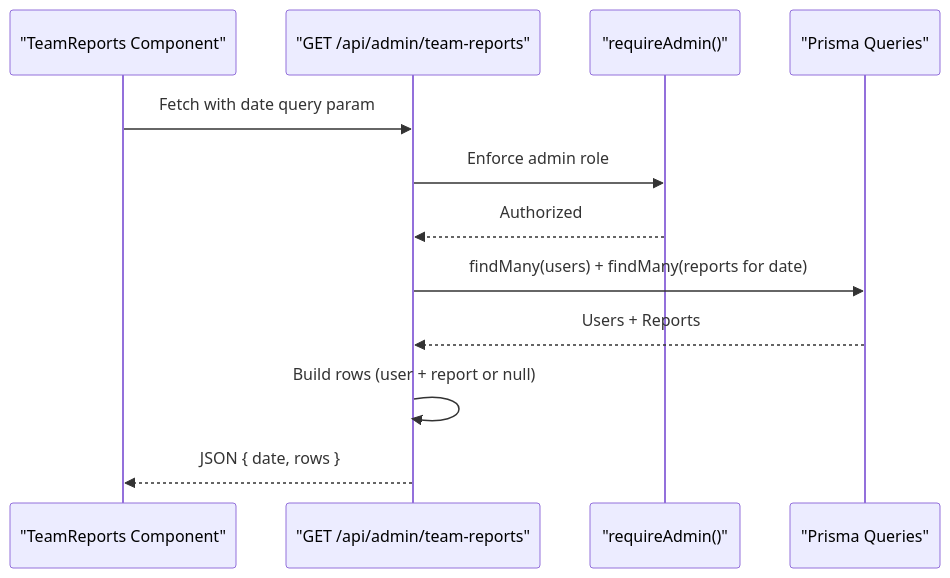
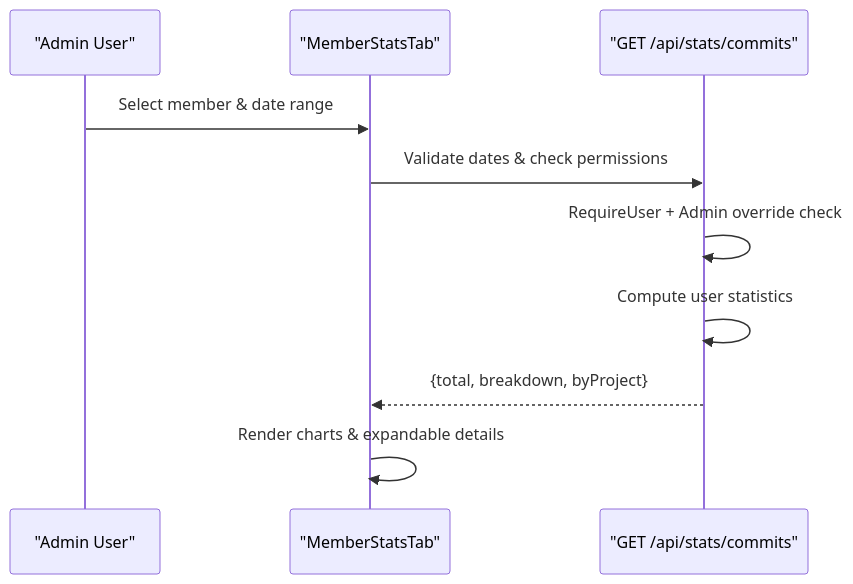
The fifth of 8 diagrams in .qoder/repowiki/en/content/Admin Features/Team Report Monitoring.md (jrj444/git-daily), drawn with Mermaid before and after one commit. The commit also changed other lines of this file and 8 other files, not shown here.

````diff
--- a/.qoder/repowiki/en/content/Admin Features/Team Report Monitoring.md
+++ b/.qoder/repowiki/en/content/Admin Features/Team Report Monitoring.md
@@ -176,14 +276,12 @@
 ```mermaid
 sequenceDiagram
-participant Client as "TeamReports Component"
-participant API as "GET /api/admin/team-reports"
-participant Auth as "requireAdmin()"
-participant DB as "Prisma Queries"
-Client->>API : Fetch with date query param
-API->>Auth : Enforce admin role
-Auth-->>API : Authorized
-API->>DB : findMany(users) + findMany(reports for date)
-DB-->>API : Users + Reports
-API->>API : Build rows (user + report or null)
-API-->>Client : JSON { date, rows }
+participant User as "Admin User"
+participant Tab as "MemberStatsTab"
+participant API as "GET /api/stats/commits"
+User->>Tab : Select member & date range
+Tab->>API : Validate dates & check permissions
+API->>API : RequireUser + Admin override check
+API->>API : Compute user statistics
+API-->>Tab : {total, breakdown, byProject}
+Tab->>Tab : Render charts & expandable details
 ```
````
